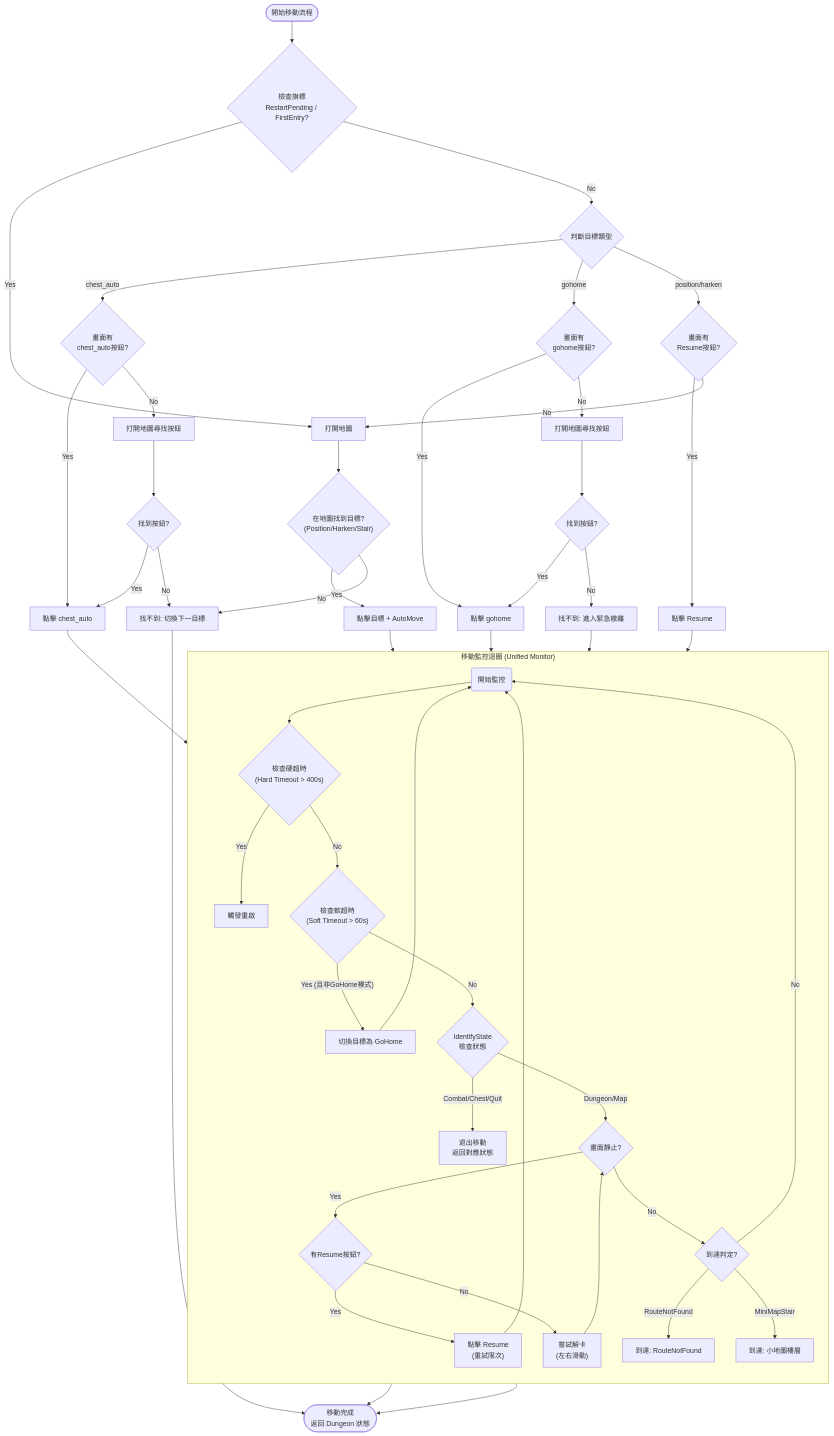
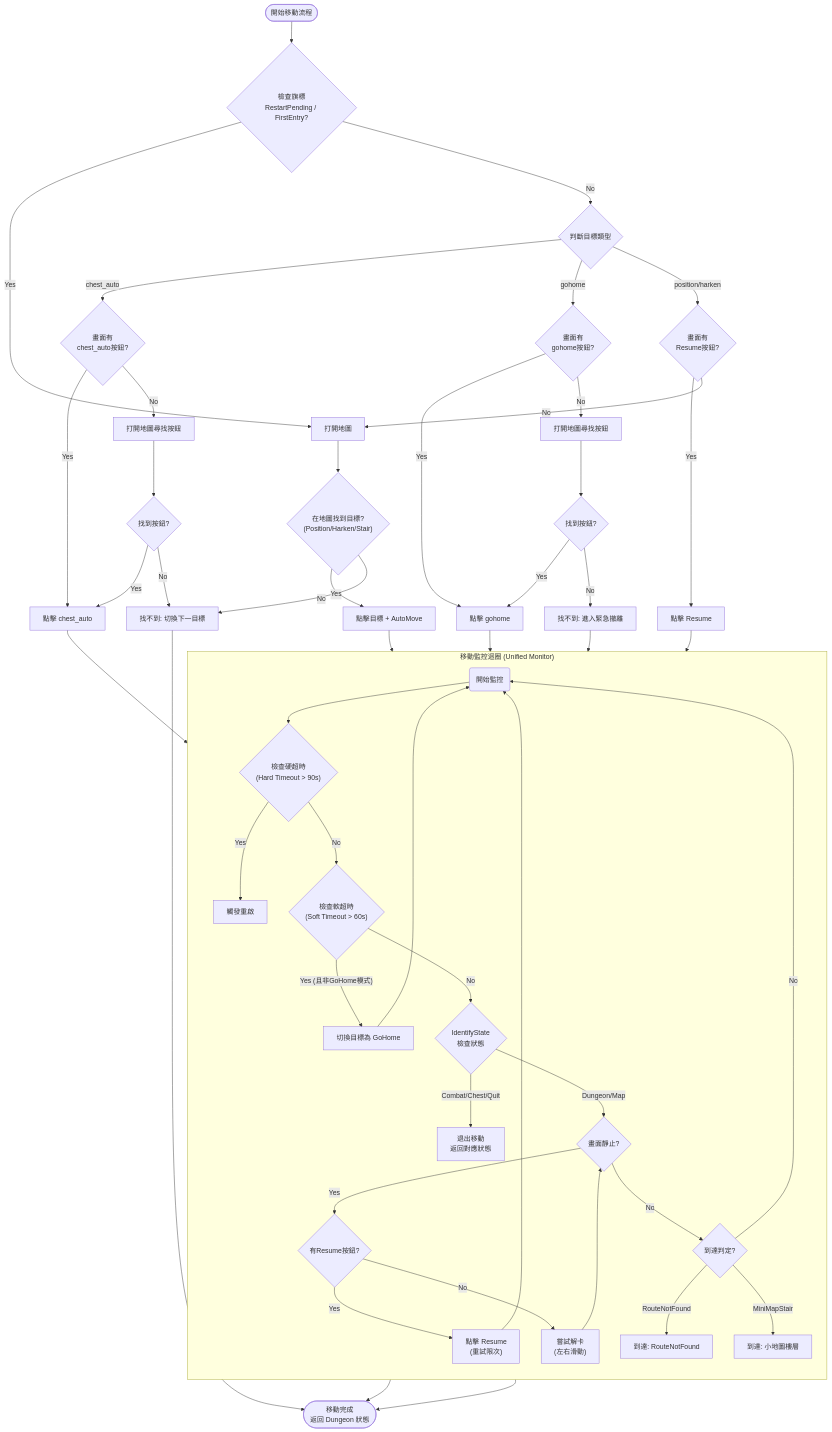
Before and after one commit to adolphlai/wvd: the diagram in doc/implementation_plan_20251230.md, drawn with Mermaid. The commit also changed other lines of this file and 1 other file, not shown here.

````diff
--- a/doc/implementation_plan_20251230.md
+++ b/doc/implementation_plan_20251230.md
@@ -17,75 +21,75 @@
 ```mermaid
 flowchart TD
     Start(["開始移動流程"]) --> CheckFlags{"檢查旗標<br/>RestartPending / FirstEntry?"}
     
     %% 重啟或是首次進入邏輯
     CheckFlags -- Yes --> OpenMap[打開地圖]
     
     CheckFlags -- No --> CheckGoal{"判斷目標類型"}
     
     %% 目標類型分流
     CheckGoal -- "chest_auto" --> FindChestBtn{"畫面有<br/>chest_auto按鈕?"}
     CheckGoal -- "gohome" --> FindGoHomeBtn{"畫面有<br/>gohome按鈕?"}
     CheckGoal -- "position/harken" --> CheckResume{"畫面有<br/>Resume按鈕?"}
     
     %% Chest Auto 邏輯
     FindChestBtn -- Yes --> ClickChest[點擊 chest_auto]
     FindChestBtn -- No --> OpenMapForChest[打開地圖尋找按鈕]
     OpenMapForChest --> FoundChestInMap{"找到按鈕?"}
     FoundChestInMap -- Yes --> ClickChest
     FoundChestInMap -- No --> NextTarget[找不到: 切換下一目標]
     
     %% GoHome 邏輯
     FindGoHomeBtn -- Yes --> ClickGoHome[點擊 gohome]
     FindGoHomeBtn -- No --> OpenMapForGoHome[打開地圖尋找按鈕]
     OpenMapForGoHome --> FoundGoHomeInMap{"找到按鈕?"}
     FoundGoHomeInMap -- Yes --> ClickGoHome
     FoundGoHomeInMap -- No --> LogicPanic[找不到: 進入緊急撤離]
 
     %% 一般移動邏輯 (Resume 檢查)
     CheckResume -- Yes --> ClickResume[點擊 Resume]
     CheckResume -- No --> OpenMap
     
     %% 地圖導航邏輯
     OpenMap --> FindTarget{"在地圖找到目標?<br/>(Position/Harken/Stair)"}
     FindTarget -- Yes --> ClickTarget[點擊目標 + AutoMove]
     FindTarget -- No --> NextTarget
     
     %% 統一監控迴圈
     ClickChest --> MonitorLoopStart
     ClickGoHome --> MonitorLoopStart
     ClickResume --> MonitorLoopStart
     ClickTarget --> MonitorLoopStart
     LogicPanic --> MonitorLoopStart
     
     subgraph MonitorLoop ["移動監控迴圈 (Unified Monitor)"]
         direction TB
-        MonitorLoopStart(開始監控) --> CheckHardTimeout{"檢查硬超時<br/>(Hard Timeout > 400s)"}
+        MonitorLoopStart(開始監控) --> CheckHardTimeout{"檢查硬超時<br/>(Hard Timeout > 90s)"}
         CheckHardTimeout -- Yes --> RestartGame[觸發重啟]
         
         CheckHardTimeout -- No --> CheckSoftTimeout{"檢查軟超時<br/>(Soft Timeout > 60s)"}
         CheckSoftTimeout -- "Yes (且非GoHome模式)" --> TriggerFallback[切換目標為 GoHome]
         
         CheckSoftTimeout -- No --> CheckState{"IdentifyState<br/>檢查狀態"}
         
         CheckState -- "Combat/Chest/Quit" --> ExitState[退出移動<br/>返回對應狀態]
         CheckState -- "Dungeon/Map" --> CheckStillness{"畫面靜止?"}
         
         CheckStillness -- Yes --> CheckResumeInLoop{"有Resume按鈕?"}
         CheckResumeInLoop -- Yes --> ClickResumeLoop["點擊 Resume<br/>(重試限次)"]
         CheckResumeInLoop -- No --> ResolveStuck["嘗試解卡<br/>(左右滑動)"]
         ResolveStuck --> CheckStillness
         ClickResumeLoop --> MonitorLoopStart
         
         CheckStillness -- No --> CheckArrival{"到達判定?"}
         
         CheckArrival -- RouteNotFound --> Arrived[到達: RouteNotFound]
         CheckArrival -- MiniMapStair --> ArrivedStair[到達: 小地圖樓層]
         CheckArrival -- No --> MonitorLoopStart
     end
     
     TriggerFallback --> MonitorLoopStart
     Arrived --> End(["移動完成<br/>返回 Dungeon 狀態"])
     ArrivedStair --> End
     NextTarget --> End
 ```
````
